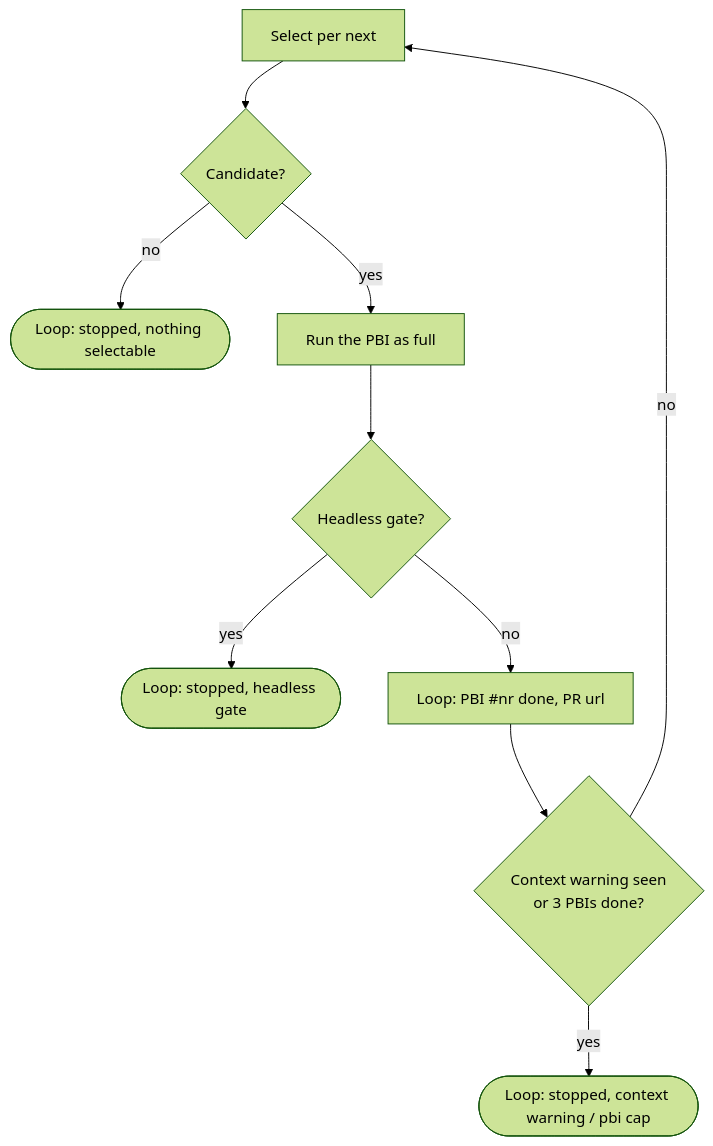
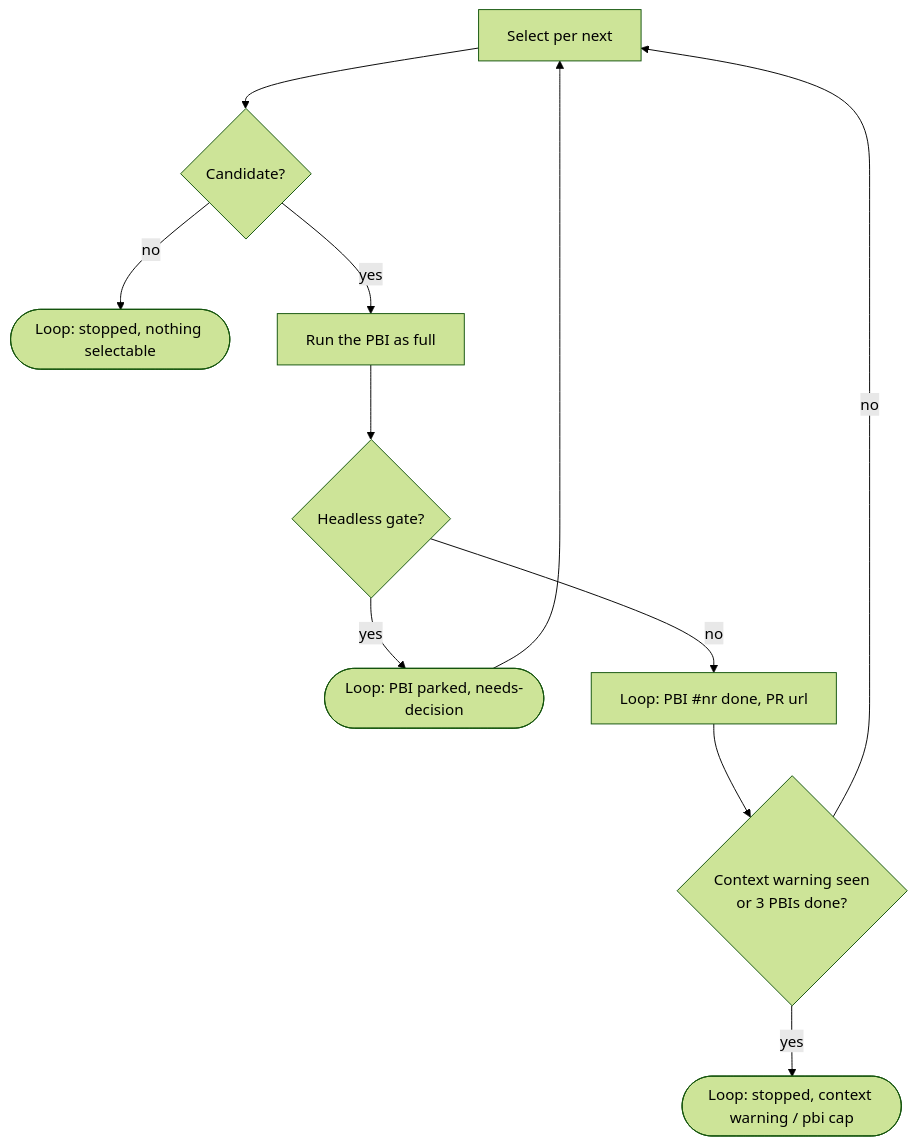
Before and after one commit to GravionLabs/apm-hub: the tenth of 11 diagrams in docs/orchestrator.md, drawn with Mermaid (forest theme). The commit also changed other lines of this file and 9 other files, not shown here.

````diff
--- a/docs/orchestrator.md
+++ b/docs/orchestrator.md
@@ -361,12 +361,13 @@
 ```mermaid
 flowchart TD
     A["Select per next"] --> B{"Candidate?"}
     B -->|"no"| S1(["Loop: stopped, nothing selectable"])
     B -->|"yes"| C["Run the PBI as full"]
     C --> G{"Headless gate?"}
-    G -->|"yes"| S2(["Loop: stopped, headless gate"])
+    G -->|"yes"| S2(["Loop: PBI parked, needs-decision"])
+    S2 --> A
     G -->|"no"| D["Loop: PBI #nr done, PR url"]
     D --> W{"Context warning seen<br/>or 3 PBIs done?"}
     W -->|"yes"| S3(["Loop: stopped, context warning / pbi cap"])
     W -->|"no"| A
 ```
````
